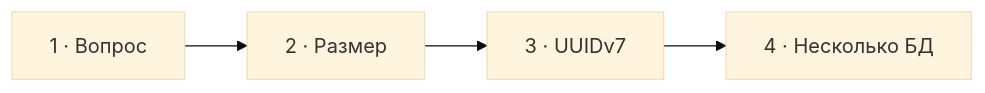
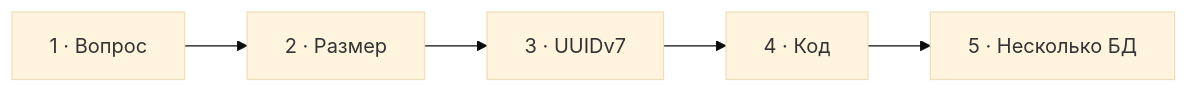
One commit to savinmikhail/php-backend-interview-video changed the diagram in episodes/841862-1payment/visual-plans/17-uuid-vs-autoincrement.md. Above: the diagram before and after it, drawn with Mermaid (base theme). The commit also changed other lines of this file and 4 other files, not shown here.

````diff
--- a/episodes/841862-1payment/visual-plans/17-uuid-vs-autoincrement.md
+++ b/episodes/841862-1payment/visual-plans/17-uuid-vs-autoincrement.md
@@ -48,4 +57,4 @@
 ```mermaid
 flowchart LR
-  Q["1 · Вопрос"] --> S["2 · Размер"] --> V["3 · UUIDv7"] --> D["4 · Несколько БД"]
+  Q["1 · Вопрос"] --> S["2 · Размер"] --> V["3 · UUIDv7"] --> C["4 · Код"] --> D["5 · Несколько БД"]
 ```
````
